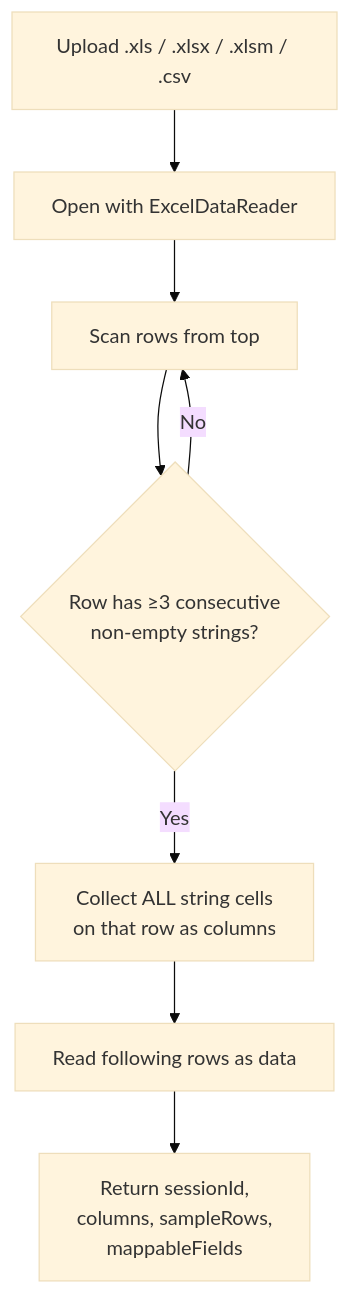
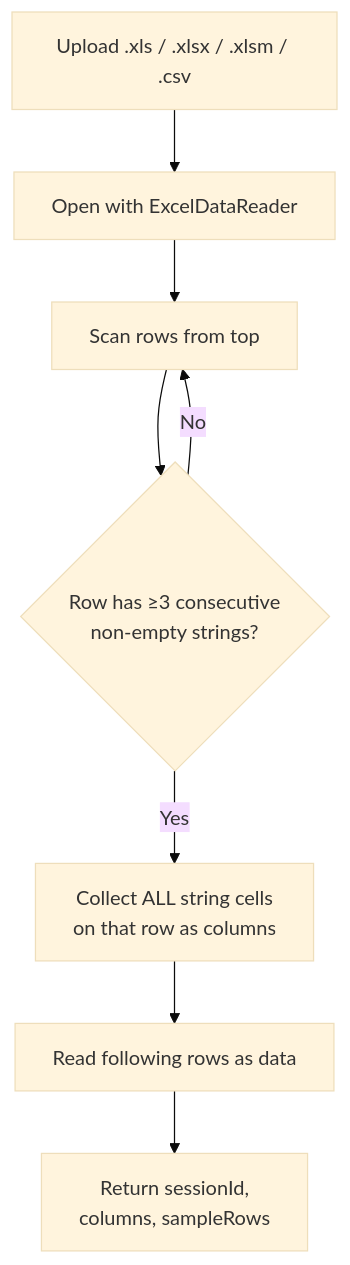
Before and after one commit to NotThaDev/KeepItSimple: the third of 6 diagrams in backend/KeepItSimple.Api/TransactionImportFlow.md, drawn with Mermaid (base theme). The commit also changed 34 other files, not shown here.

````diff
--- a/backend/KeepItSimple.Api/TransactionImportFlow.md
+++ b/backend/KeepItSimple.Api/TransactionImportFlow.md
@@ -64,10 +64,10 @@
 ```mermaid
 flowchart TD
   U[Upload .xls / .xlsx / .xlsm / .csv] --> R[Open with ExcelDataReader]
   R --> S[Scan rows from top]
   S --> H{Row has ≥3 consecutive<br/>non-empty strings?}
   H -->|No| S
   H -->|Yes| C[Collect ALL string cells<br/>on that row as columns]
   C --> D[Read following rows as data]
-  D --> OUT[Return sessionId,<br/>columns, sampleRows,<br/>mappableFields]
+  D --> OUT[Return sessionId,<br/>columns, sampleRows]
 ```
````
